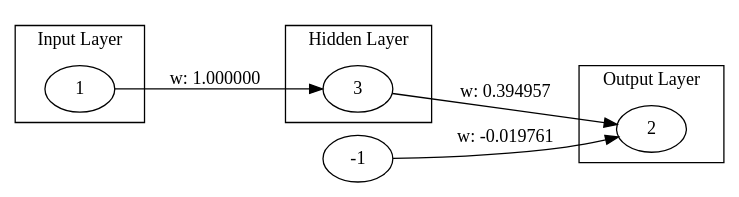
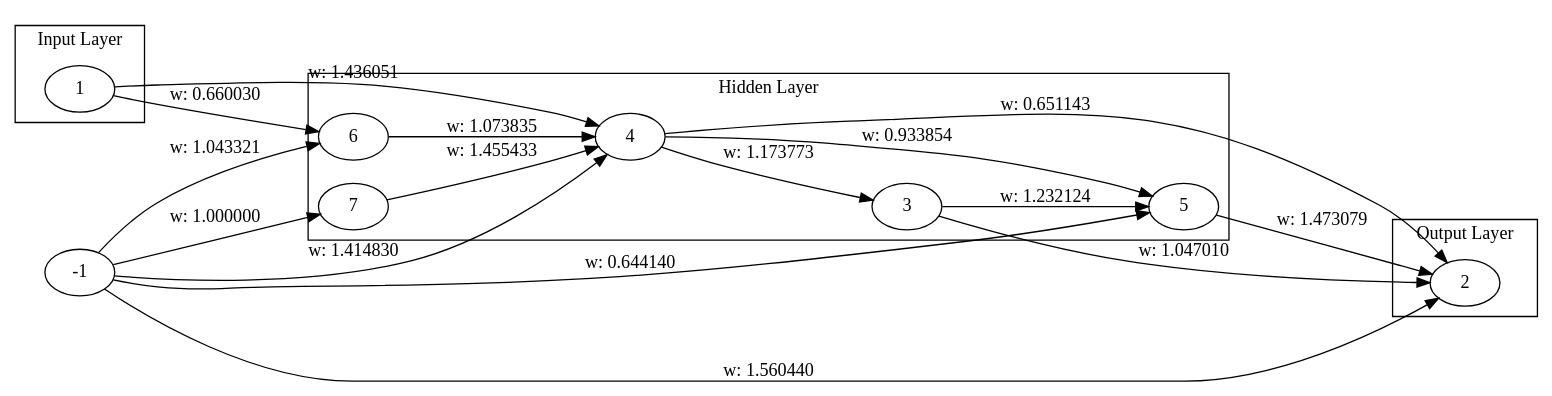
The diagram in genome_graph.dot (malikAkurtz/TradingSystem), drawn with Graphviz before and after one commit. The commit also changed 3 other files, not shown here.

```diff
--- a/genome_graph.dot
+++ b/genome_graph.dot
@@ -1,18 +1,34 @@
 digraph Genome {
   rankdir=LR;
   subgraph cluster_0 {
     label="Input Layer";
     1;
   }
   subgraph cluster_1 {
     label="Hidden Layer";
     3;
+    4;
+    5;
+    6;
+    7;
   }
   subgraph cluster_2 {
     label="Output Layer";
     2;
   }
-  -1 -> 2 [label="w: -0.019761"];
-  1 -> 3 [label="w: 1.000000"];
-  3 -> 2 [label="w: 0.394957"];
+  -1 -> 2 [label="w: 1.560440"];
+  3 -> 2 [label="w: 1.047010"];
+  1 -> 4 [label="w: 1.436051"];
+  4 -> 3 [label="w: 1.173773"];
+  3 -> 5 [label="w: 1.232124"];
+  5 -> 2 [label="w: 1.473079"];
+  -1 -> 4 [label="w: 1.414830"];
+  4 -> 5 [label="w: 0.933854"];
+  -1 -> 5 [label="w: 0.644140"];
+  4 -> 2 [label="w: 0.651143"];
+  1 -> 6 [label="w: 0.660030"];
+  6 -> 4 [label="w: 1.073835"];
+  -1 -> 6 [label="w: 1.043321"];
+  -1 -> 7 [label="w: 1.000000"];
+  7 -> 4 [label="w: 1.455433"];
 }
```
